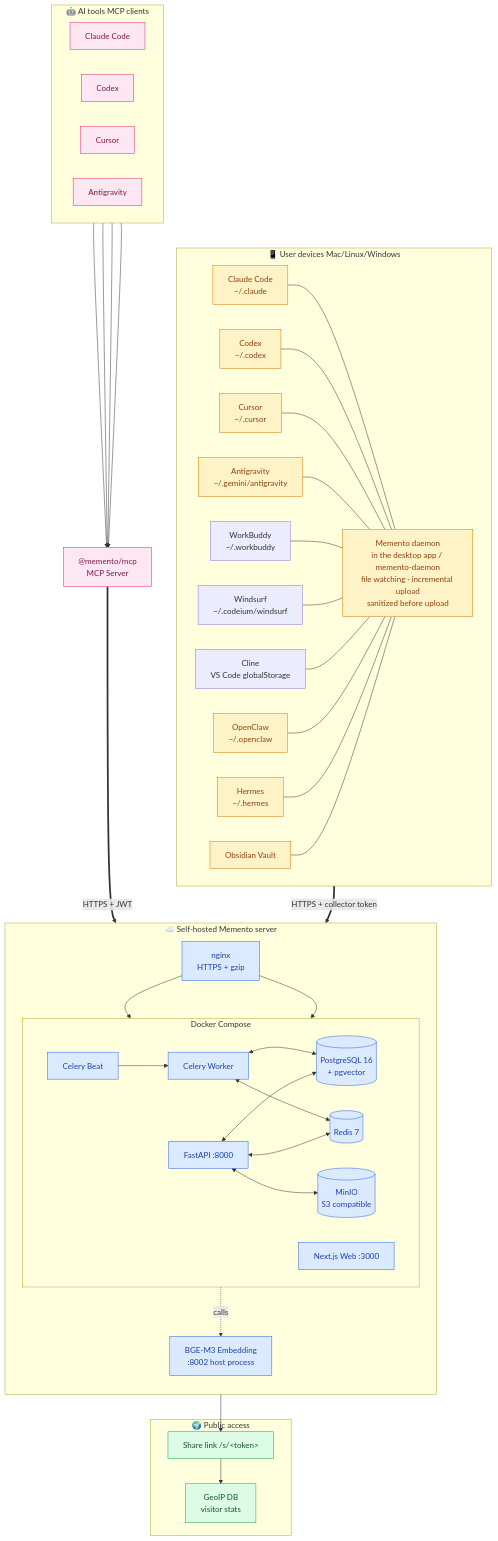
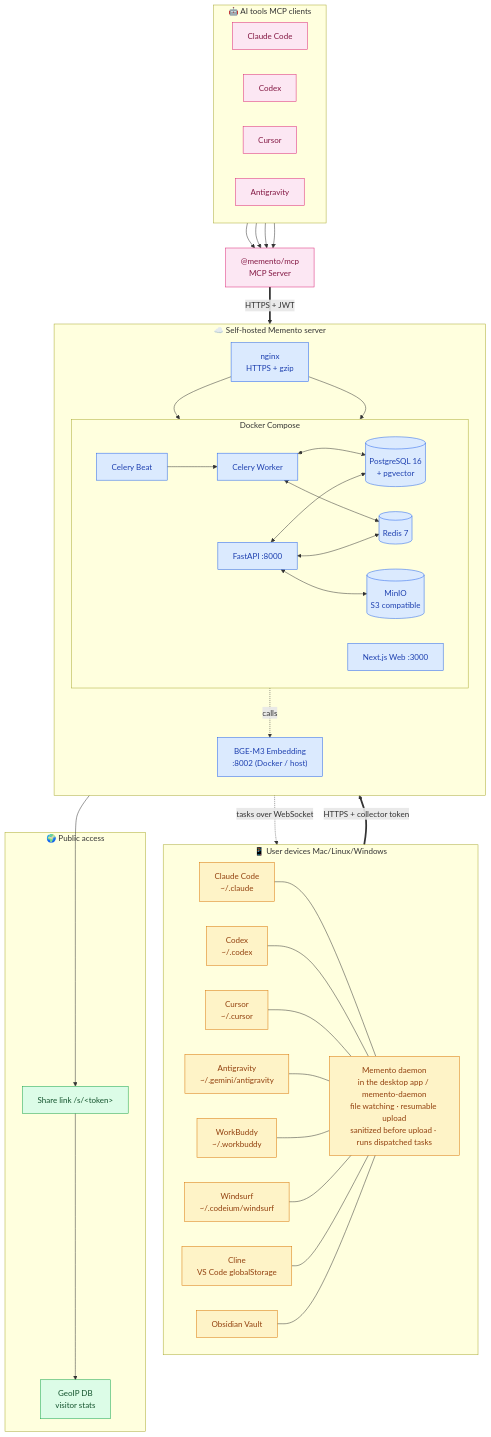
One commit to ddong8/memento changed the first of 2 diagrams in README.en.md. Above: the diagram before and after it, drawn with Mermaid. The commit also changed other lines of this file and 3 other files, not shown here.

```diff
--- a/README.en.md
+++ b/README.en.md
@@ -51,10 +53,8 @@
         WB["WorkBuddy<br/>~/.workbuddy"]
         WS["Windsurf<br/>~/.codeium/windsurf"]
         CL["Cline<br/>VS Code globalStorage"]
-        OC["OpenClaw<br/>~/.openclaw"]
-        HM["Hermes<br/>~/.hermes"]
         OBS["Obsidian Vault"]
-        COL["Memento daemon<br/>in the desktop app / memento-daemon<br/>file watching · incremental upload<br/>sanitized before upload"]
+        COL["Memento daemon<br/>in the desktop app / memento-daemon<br/>file watching · resumable upload<br/>sanitized before upload · runs dispatched tasks"]
         CC --- COL
         CDX --- COL
         CUR --- COL
@@ -62,8 +62,6 @@
         WB --- COL
         WS --- COL
         CL --- COL
-        OC --- COL
-        HM --- COL
         OBS --- COL
     end
 
@@ -82,7 +80,7 @@
             S3[("MinIO<br/>S3 compatible")]
         end
 
-        EMB["BGE-M3 Embedding<br/>:8002 host process"]
+        EMB["BGE-M3 Embedding<br/>:8002 (Docker / host)"]
 
         NGX --> API
         NGX --> WEB
@@ -110,6 +108,7 @@
     MAG --> MCP
 
     COL ==>|"HTTPS + collector token"| NGX
+    NGX -.->|"tasks over WebSocket"| COL
     MCP ==>|"HTTPS + JWT"| NGX
 
     subgraph PUB["🌍 Public access"]
@@ -123,7 +122,7 @@
     classDef server fill:#dbeafe,stroke:#2563eb,color:#1e40af
     classDef client fill:#fce7f3,stroke:#db2777,color:#831843
     classDef public fill:#dcfce7,stroke:#16a34a,color:#14532d
-    class CC,CDX,CUR,AG,OC,HM,OBS,COL device
+    class CC,CDX,CUR,AG,WB,WS,CL,OBS,COL device
     class API,WEB,CW,CB,PG,RD,S3,EMB,NGX server
     class MCC,MCDX,MCUR,MAG,MCP client
     class SHARE,GEO public
```
